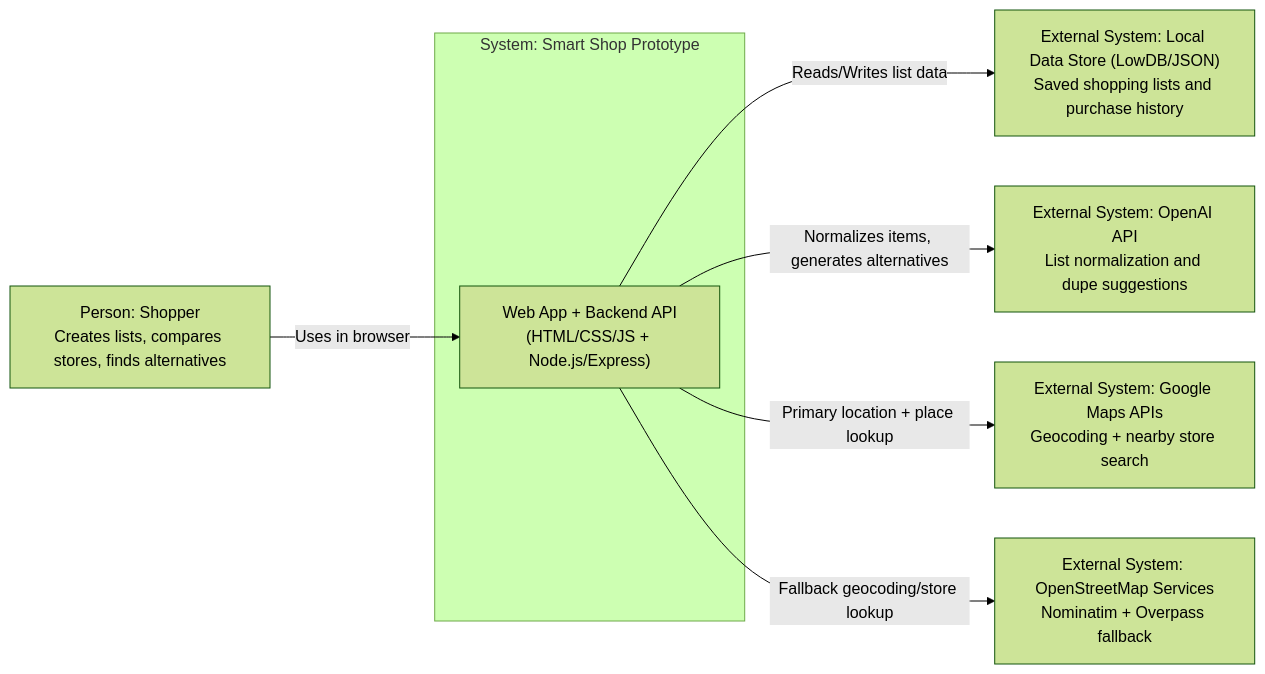
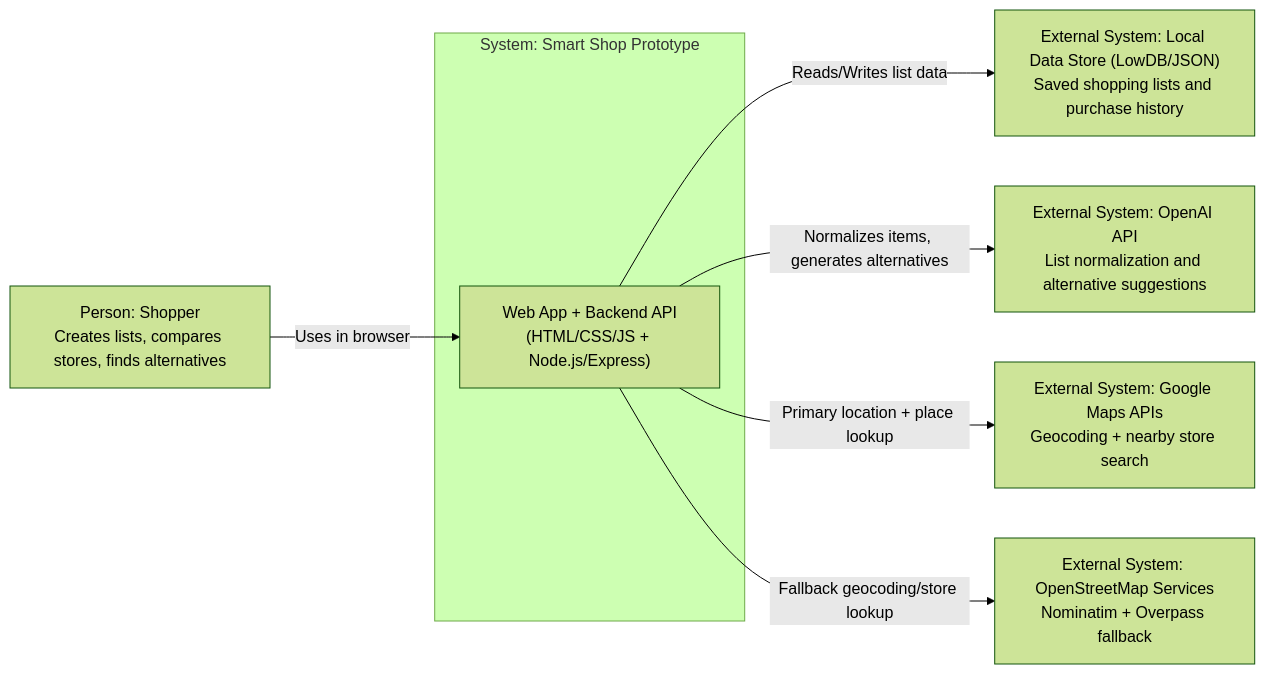
One commit to CSEN-SCU/csen-174-s26-team-project-smartshop changed the diagram in docs/c4-context-diagram.md. Above: the diagram before and after it, drawn with Mermaid (forest theme).

Commit message:
docs: refine C4 context OpenAI label
Update the system context diagram wording to describe OpenAI usage as alternative suggestions instead of dupe suggestions.

Made-with: Cursor

````diff
--- a/docs/c4-context-diagram.md
+++ b/docs/c4-context-diagram.md
@@ -5,19 +5,19 @@
 ```mermaid
 flowchart LR
     shopper["Person: Shopper\nCreates lists, compares stores, finds alternatives"]
 
     subgraph smartshop["System: Smart Shop Prototype"]
       app["Web App + Backend API\n(HTML/CSS/JS + Node.js/Express)"]
     end
 
-    openai["External System: OpenAI API\nList normalization and dupe suggestions"]
+    openai["External System: OpenAI API\nList normalization and alternative suggestions"]
     maps["External System: Google Maps APIs\nGeocoding + nearby store search"]
     osm["External System: OpenStreetMap Services\nNominatim + Overpass fallback"]
     db["External System: Local Data Store (LowDB/JSON)\nSaved shopping lists and purchase history"]
 
     shopper -->|Uses in browser| app
     app -->|Reads/Writes list data| db
     app -->|Normalizes items, generates alternatives| openai
     app -->|Primary location + place lookup| maps
     app -->|Fallback geocoding/store lookup| osm
 ```
````
